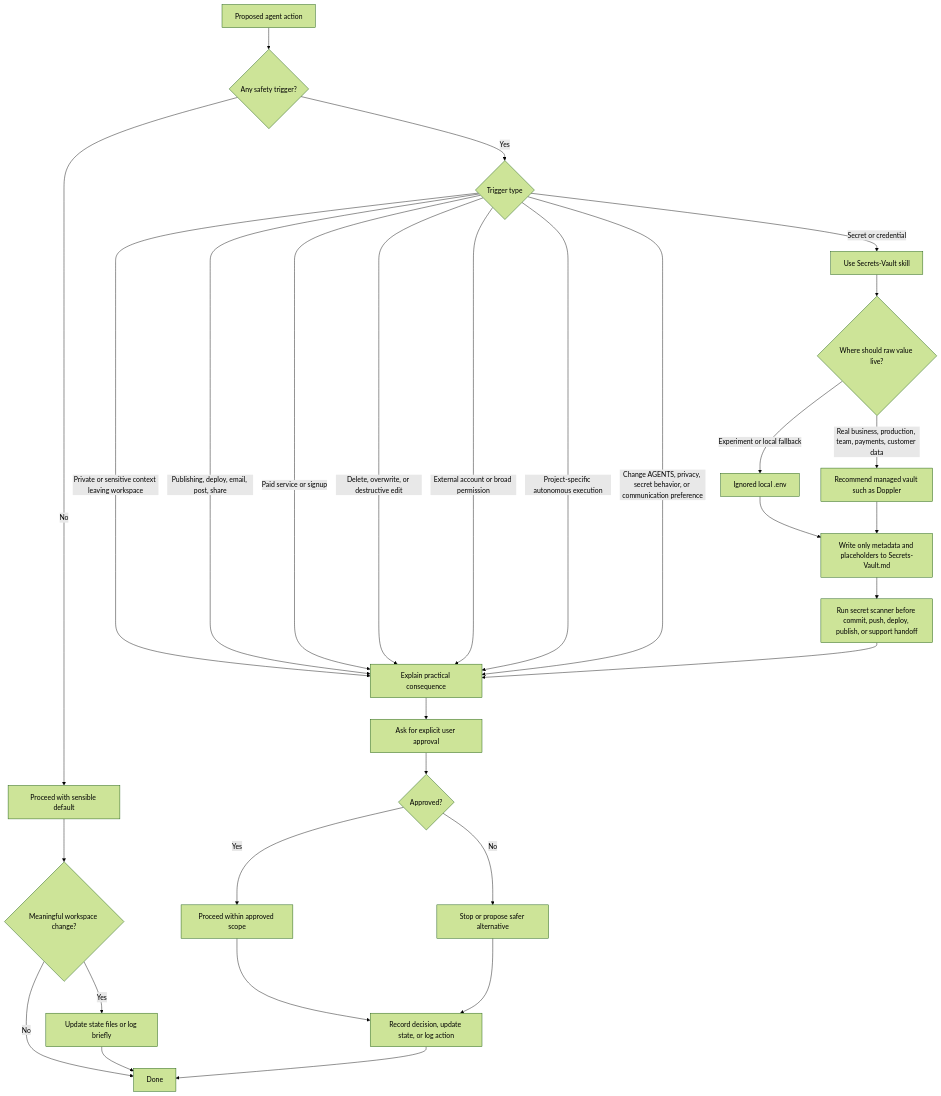
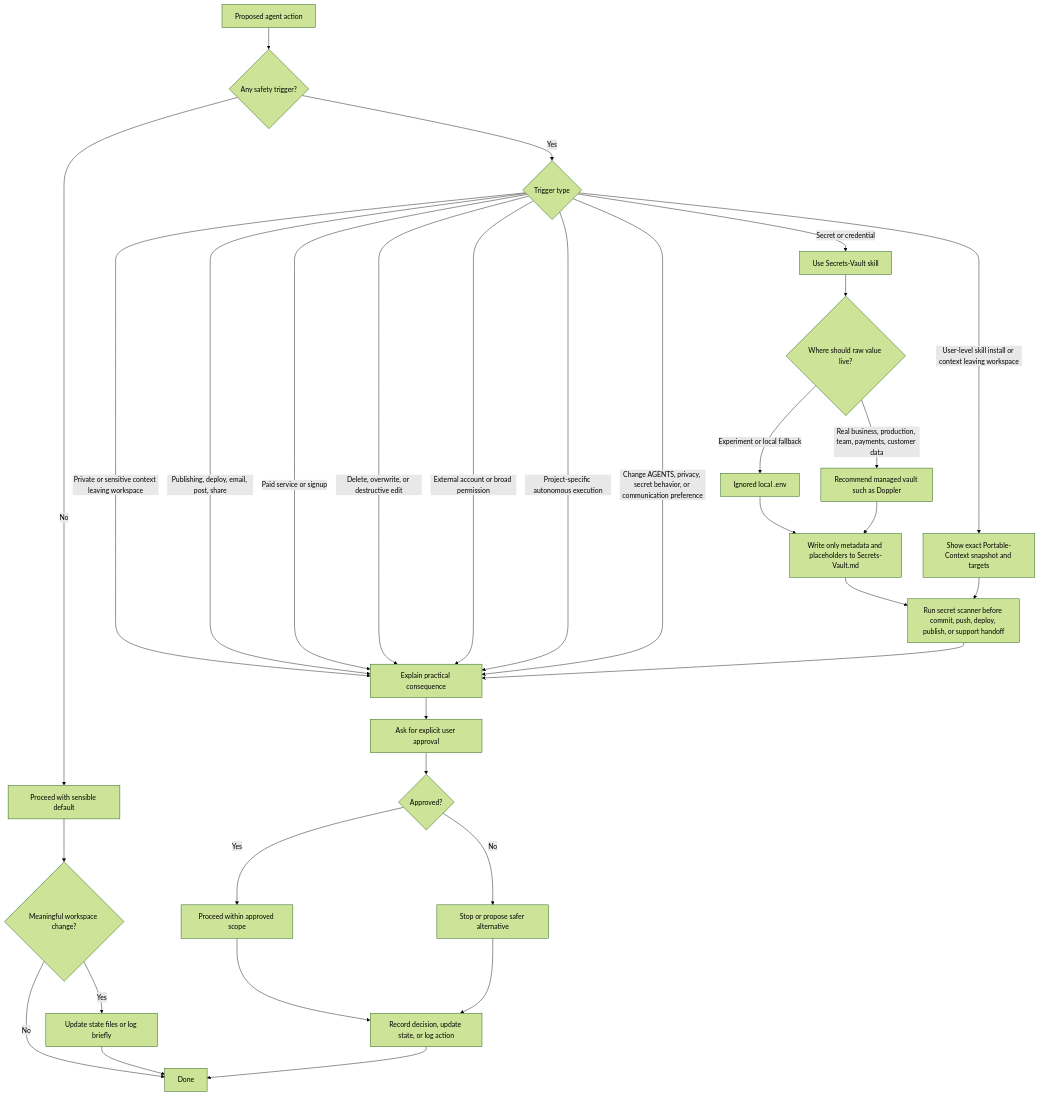
Before and after one commit to V-Andriy/business-ai-starter-kit: the diagram in Architecture/safety-gates.md, drawn with Mermaid (forest theme). The commit also changed other lines of this file and 41 other files, not shown here.

First line of the commit message:
Modernize orchestration and add portable workspace context (#6)

````diff
--- a/Architecture/safety-gates.md
+++ b/Architecture/safety-gates.md
@@ -6,35 +6,37 @@
 ```mermaid
 flowchart TD
   Action["Proposed agent action"] --> Risk{"Any safety trigger?"}
   Risk -- "No" --> SafeDefault["Proceed with sensible default"]
   SafeDefault --> LowRiskLog{"Meaningful workspace change?"}
   LowRiskLog -- "Yes" --> LogSafe["Update state files or log briefly"]
   LowRiskLog -- "No" --> Done["Done"]
 
   Risk -- "Yes" --> TriggerType{"Trigger type"}
   TriggerType -- "Secret or credential" --> SecretsSkill["Use Secrets-Vault skill"]
   TriggerType -- "Private or sensitive context leaving workspace" --> Explain["Explain practical consequence"]
   TriggerType -- "Publishing, deploy, email, post, share" --> Explain
   TriggerType -- "Paid service or signup" --> Explain
   TriggerType -- "Delete, overwrite, or destructive edit" --> Explain
   TriggerType -- "External account or broad permission" --> Explain
+  TriggerType -- "User-level skill install or context leaving workspace" --> PortablePreview["Show exact Portable-Context snapshot and targets"]
   TriggerType -- "Project-specific autonomous execution" --> Explain
   TriggerType -- "Change AGENTS, privacy, secret behavior, or communication preference" --> Explain
 
   SecretsSkill --> SecretStorage{"Where should raw value live?"}
   SecretStorage -- "Experiment or local fallback" --> Env["Ignored local .env"]
   SecretStorage -- "Real business, production, team, payments, customer data" --> Vault["Recommend managed vault such as Doppler"]
   Env --> Metadata["Write only metadata and placeholders to Secrets-Vault.md"]
   Vault --> Metadata
   Metadata --> Scanner["Run secret scanner before commit, push, deploy, publish, or support handoff"]
   Scanner --> Explain
+  PortablePreview --> Scanner
 
   Explain --> Approval["Ask for explicit user approval"]
   Approval --> Approved{"Approved?"}
   Approved -- "Yes" --> Proceed["Proceed within approved scope"]
   Approved -- "No" --> Safer["Stop or propose safer alternative"]
   Proceed --> Audit["Record decision, update state, or log action"]
   Safer --> Audit
   LogSafe --> Done
   Audit --> Done
 ```
````
